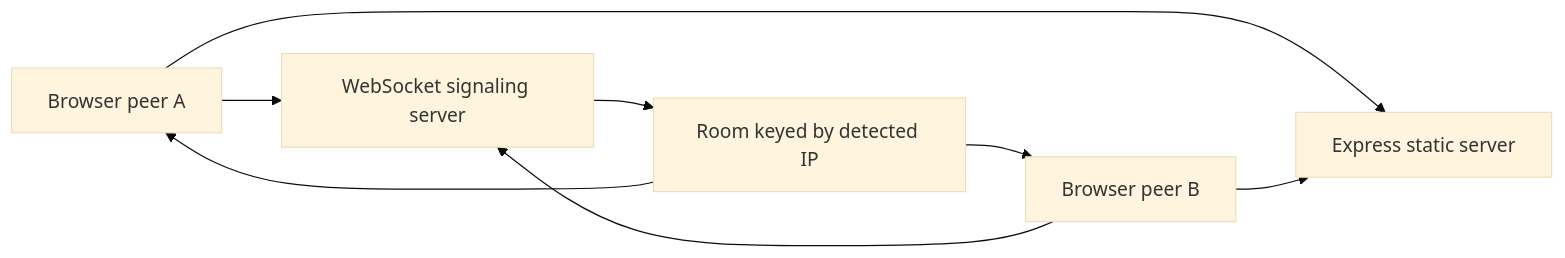
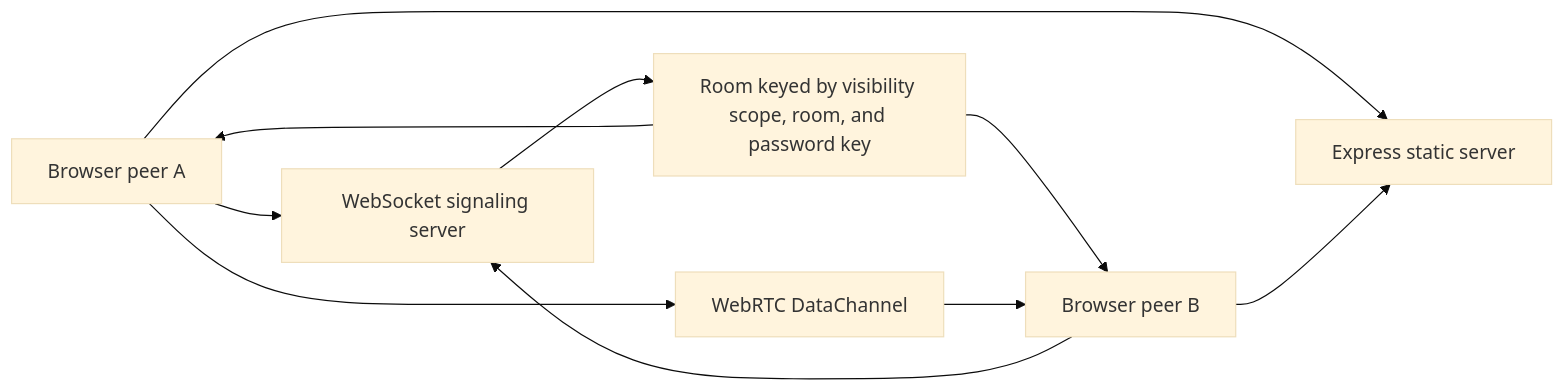
Before and after one commit to virtuecho/node-snapdrop: the diagram in docs/engineering/ARCHITECTURE.md, drawn with Mermaid (base theme). The commit also changed other lines of this file and 5 other files, not shown here.

````diff
--- a/docs/engineering/ARCHITECTURE.md
+++ b/docs/engineering/ARCHITECTURE.md
@@ -44,10 +45,12 @@
 ```mermaid
 flowchart LR
   BrowserA["Browser peer A"] --> Static["Express static server"]
   BrowserB["Browser peer B"] --> Static
   BrowserA --> WS["WebSocket signaling server"]
   BrowserB --> WS
-  WS --> Room["Room keyed by detected IP"]
+  WS --> Room["Room keyed by visibility scope, room, and password key"]
   Room --> BrowserA
   Room --> BrowserB
+  BrowserA --> RTC["WebRTC DataChannel"]
+  RTC --> BrowserB
 ```
````
